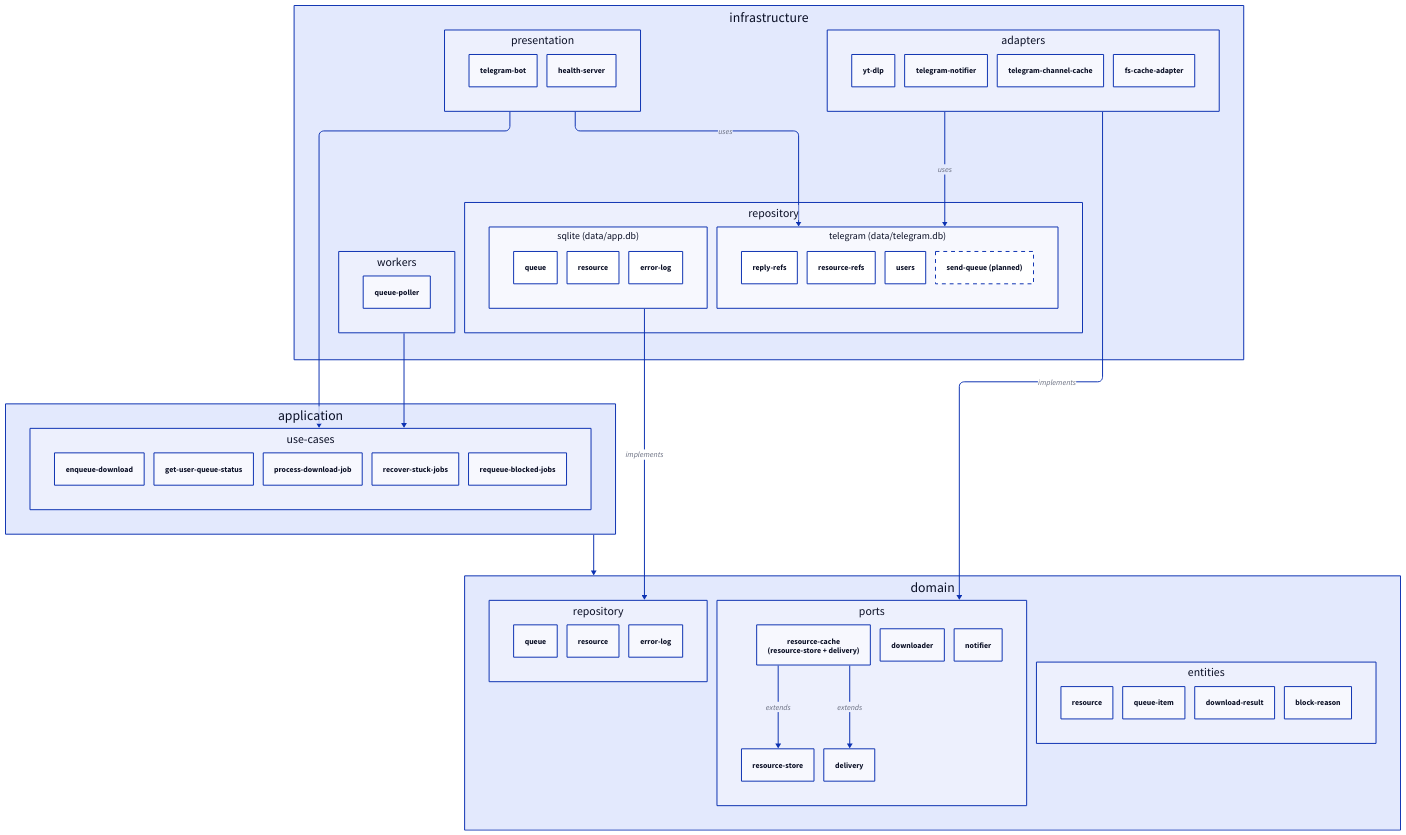
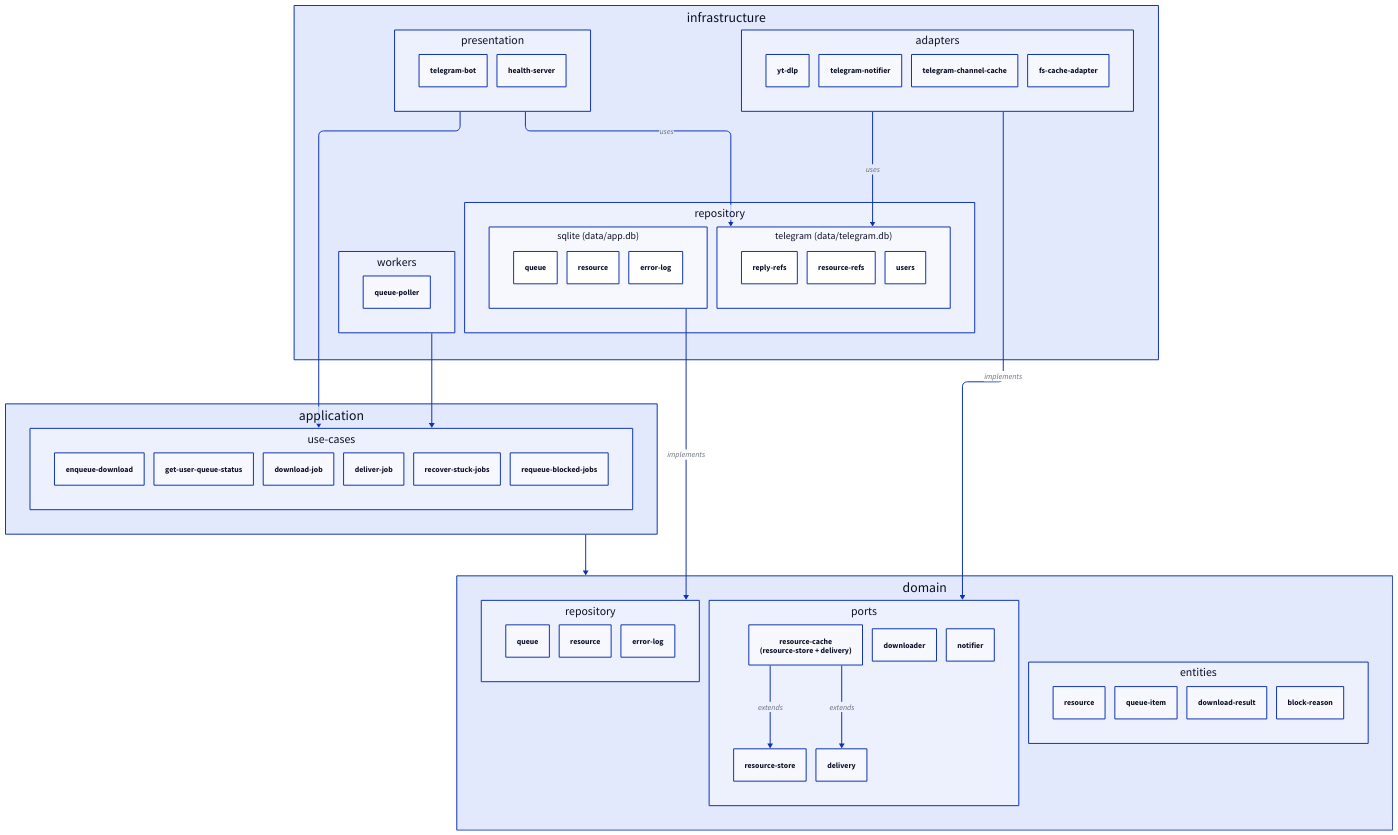
The diagram in docs/diagrams/core.d2 (iwwwanow/kanalveschaniya), drawn with D2 before and after one commit. The commit also changed 17 other files, not shown here.

First line of the commit message:
feat(queue): split download and delivery into two stages with their own retries

```diff
--- a/docs/diagrams/core.d2
+++ b/docs/diagrams/core.d2
@@ -1,90 +1,88 @@
 vars: {
   d2-config: {
     layout-engine: elk
   }
 }
 
 direction: down
 
 # Зависимости направлены внутрь: infrastructure -> application -> domain.
 # Детали infrastructure — в core.infrastructure.ports.d2 и core.infrastructure.telegram.d2.
 infrastructure.presentation -> application.use-cases
 infrastructure.workers -> application.use-cases
 infrastructure.repository.sqlite -> domain.repository: implements
 infrastructure.adapters -> domain.ports: implements
 
 application -> domain
 
 domain.ports.resource-cache -> domain.ports.resource-store: extends
 domain.ports.resource-cache -> domain.ports.delivery: extends
 
 # telegram-репозитории: интерфейсы живут в самой infrastructure (не в domain),
 # поэтому адаптеры и presentation ходят в них напрямую
 infrastructure.adapters -> infrastructure.repository.telegram: uses
 infrastructure.presentation -> infrastructure.repository.telegram: uses
 
 infrastructure: {
   presentation: {
     telegram-bot
     health-server
   }
   adapters: {
     yt-dlp
     telegram-notifier
     telegram-channel-cache
     fs-cache-adapter
   }
   repository: {
     sqlite: {
       label: "sqlite (data/app.db)"
       queue
       resource
       error-log
     }
     telegram: {
       label: "telegram (data/telegram.db)"
       reply-refs
       resource-refs
       users
-      send-queue: "send-queue (planned)" {
-        style.stroke-dash: 4
-      }
     }
   }
   workers: {
     queue-poller
   }
 }
 
 application: {
   use-cases: {
     enqueue-download
     get-user-queue-status
-    process-download-job
+    download-job
+    deliver-job
     recover-stuck-jobs
     requeue-blocked-jobs
   }
 }
 
 domain: {
   entities: {
     resource
     queue-item
     download-result
     block-reason
   }
   ports: {
     downloader
     notifier
     resource-store
     delivery
     resource-cache: {
       label: "resource-cache\n(resource-store + delivery)"
     }
   }
   repository: {
     queue
     resource
     error-log
   }
 }
```
